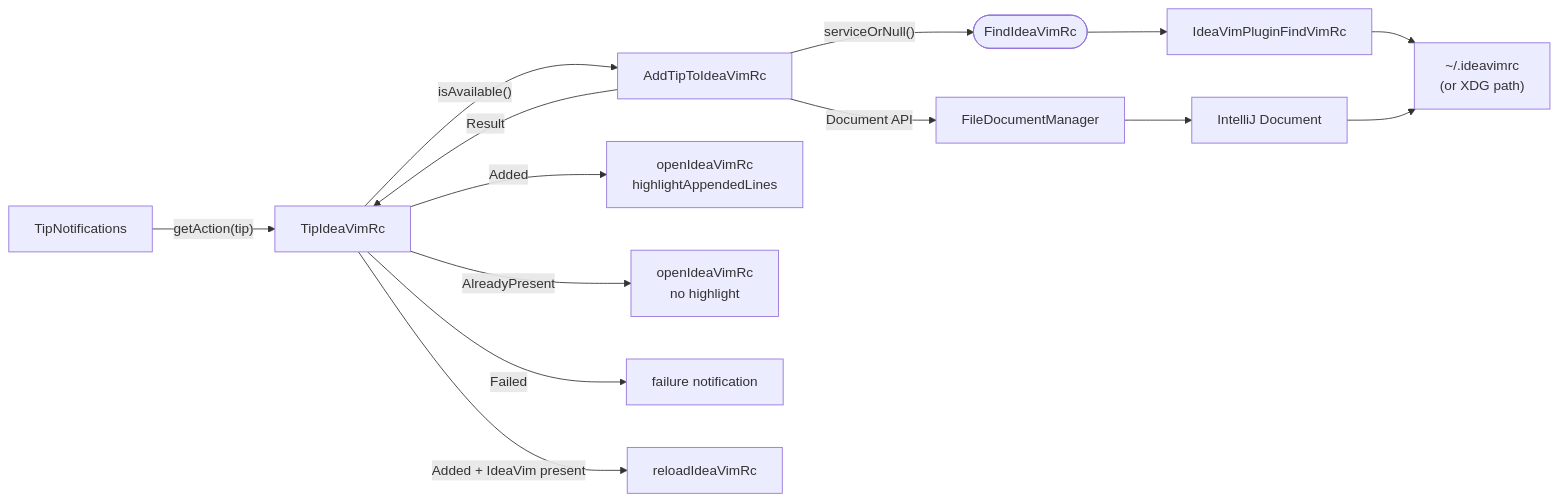
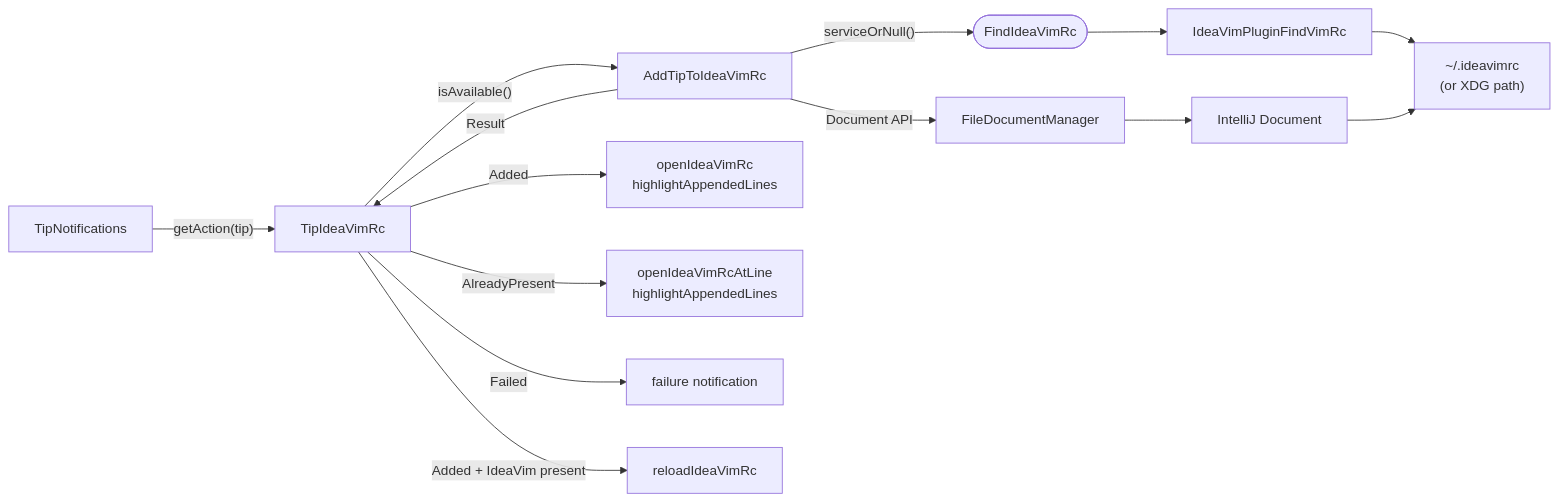
One commit to pooryam92/vim-coach changed the first of 2 diagrams in docs/features/ideavimrc-button.md. Above: the diagram before and after it, drawn with Mermaid. The commit also changed other lines of this file and 2 other files, not shown here.

````diff
--- a/docs/features/ideavimrc-button.md
+++ b/docs/features/ideavimrc-button.md
@@ -9,16 +11,16 @@
 ```mermaid
 graph LR
     A[TipNotifications] -->|"getAction(tip)"| B[TipIdeaVimRc]
     B -->|"isAvailable()"| C[AddTipToIdeaVimRc]
     C -->|"serviceOrNull()"| D([FindIdeaVimRc])
     D --> E[IdeaVimPluginFindVimRc]
     E --> F["~/.ideavimrc\n(or XDG path)"]
     C -->|Document API| G[FileDocumentManager]
     G --> H[IntelliJ Document]
     H --> F
     C -->|Result| B
     B -->|Added| I[openIdeaVimRc\nhighlightAppendedLines]
-    B -->|AlreadyPresent| J[openIdeaVimRc\nno highlight]
+    B -->|AlreadyPresent| J[openIdeaVimRcAtLine\nhighlightAppendedLines]
     B -->|Failed| K[failure notification]
     B -->|Added + IdeaVim present| L[reloadIdeaVimRc]
 ```
````
